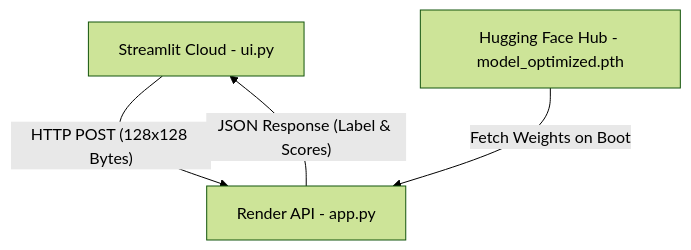
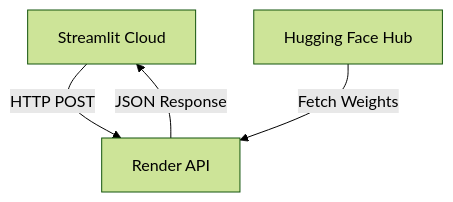
The diagram in README.md (Yreactives/ai-image-detector), drawn with Mermaid (forest theme) before and after one commit.

Commit message:
Update mermaid diagram in README.md

````diff
--- a/README.md
+++ b/README.md
@@ -27,7 +27,7 @@
 ```mermaid
 graph TD
-    UI[Streamlit Cloud - ui.py] -- "HTTP POST (128x128 Bytes)" --> API[Render API - app.py]
-    API -- "JSON Response (Label & Scores)" --> UI
-    HF[Hugging Face Hub - model_optimized.pth] -- "Fetch Weights on Boot" --> API
+    UI[Streamlit Cloud] -->|HTTP POST| API[Render API]
+    API -->|JSON Response| UI
+    HF[Hugging Face Hub] -->|Fetch Weights| API
 
 ```
````
